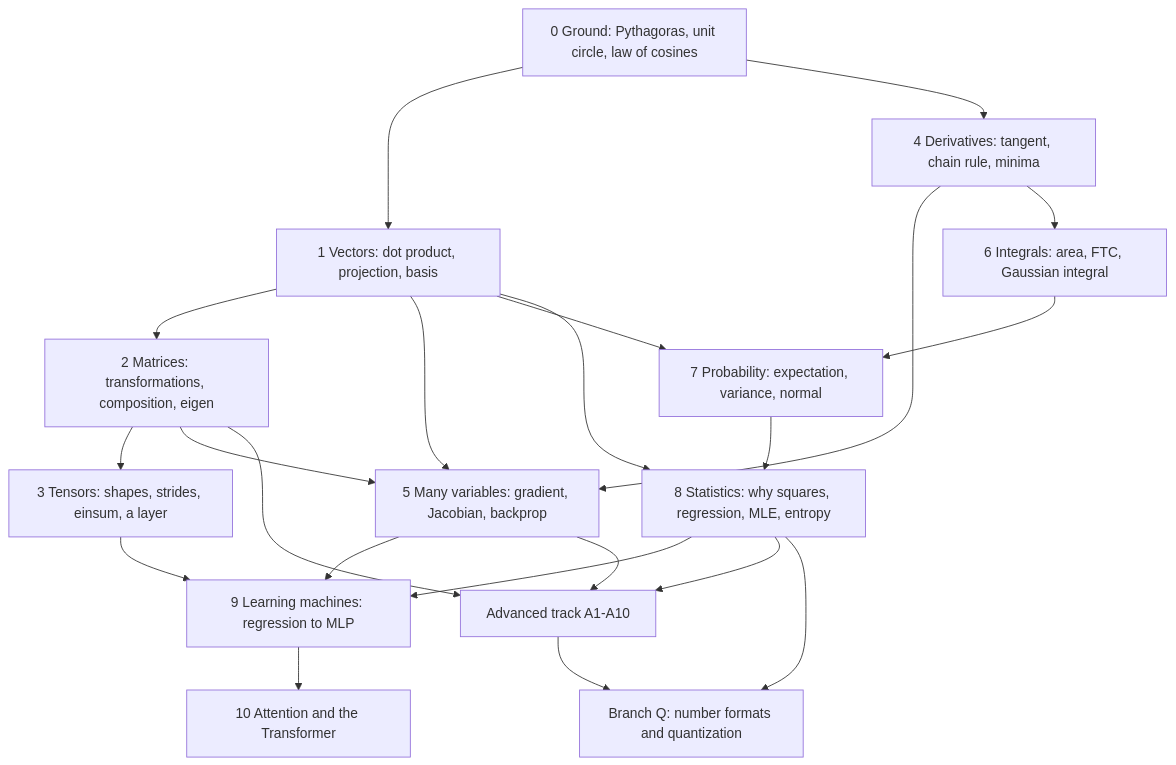
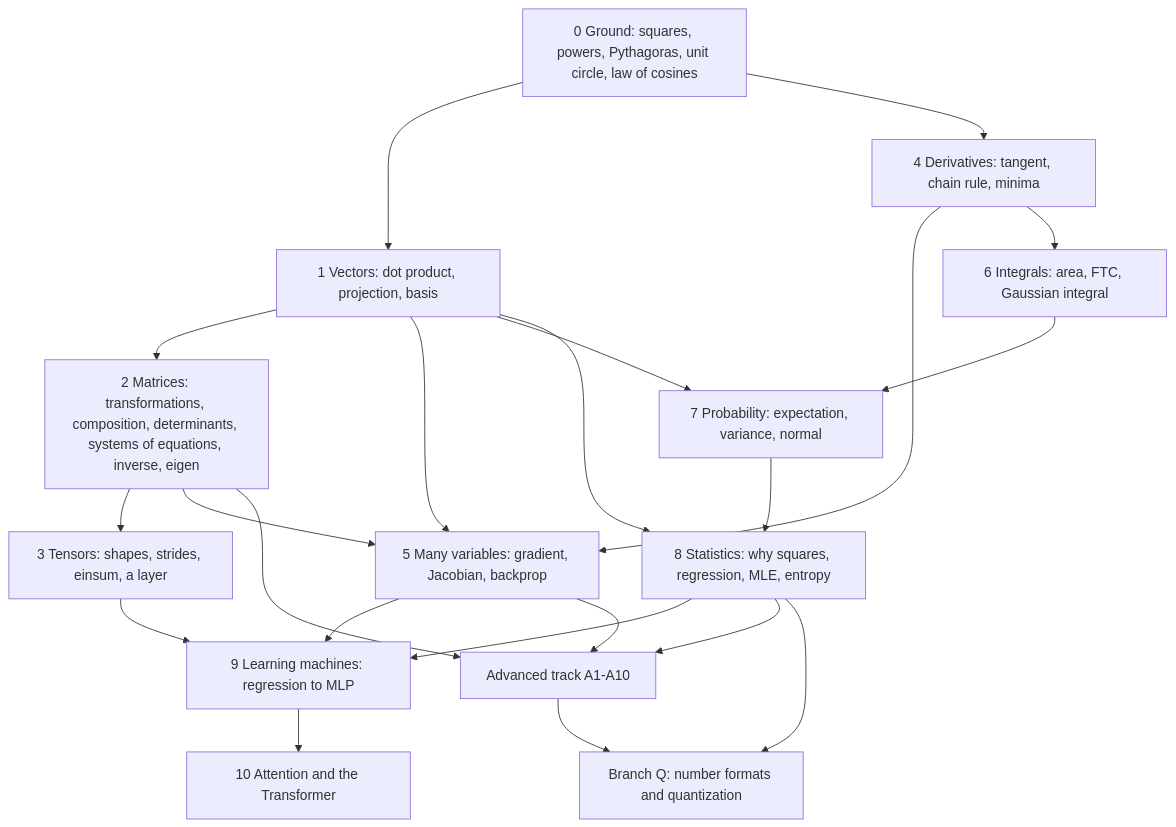
Before and after one commit to ssoj13/course_ai_math: the diagram in CURRICULUM.md, drawn with Mermaid. The commit also changed other lines of this file and 1 other file, not shown here.

Commit message:
docs(curriculum): powers lesson 0.2; Part 2 adds computing determinants and systems of linear equations

````diff
--- a/CURRICULUM.md
+++ b/CURRICULUM.md
@@ -180,24 +183,24 @@
 ```mermaid
 flowchart TD
-  P0[0 Ground: Pythagoras, unit circle, law of cosines] --> P1[1 Vectors: dot product, projection, basis]
-  P1 --> P2[2 Matrices: transformations, composition, eigen]
+  P0[0 Ground: squares, powers, Pythagoras, unit circle, law of cosines] --> P1[1 Vectors: dot product, projection, basis]
+  P1 --> P2[2 Matrices: transformations, composition, determinants, systems of equations, inverse, eigen]
   P2 --> P3[3 Tensors: shapes, strides, einsum, a layer]
   P0 --> P4[4 Derivatives: tangent, chain rule, minima]
   P1 --> P5[5 Many variables: gradient, Jacobian, backprop]
   P2 --> P5
   P4 --> P5
   P4 --> P6[6 Integrals: area, FTC, Gaussian integral]
   P6 --> P7[7 Probability: expectation, variance, normal]
   P1 --> P7
   P7 --> P8[8 Statistics: why squares, regression, MLE, entropy]
   P1 --> P8
   P3 --> P9[9 Learning machines: regression to MLP]
   P5 --> P9
   P8 --> P9
   P9 --> P10[10 Attention and the Transformer]
   P2 --> A[Advanced track A1-A10]
   P5 --> A
   P8 --> A
   A --> Q[Branch Q: number formats and quantization]
   P8 --> Q
 ```
````
